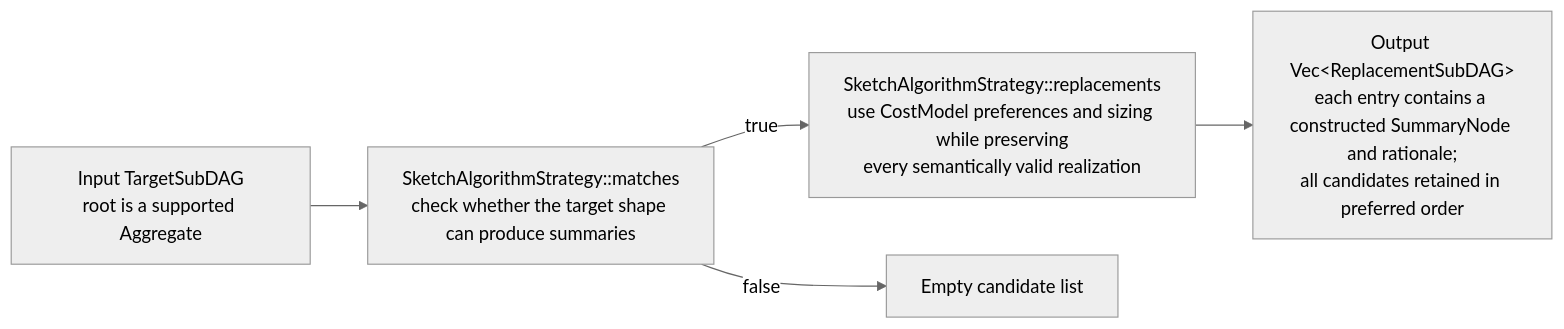
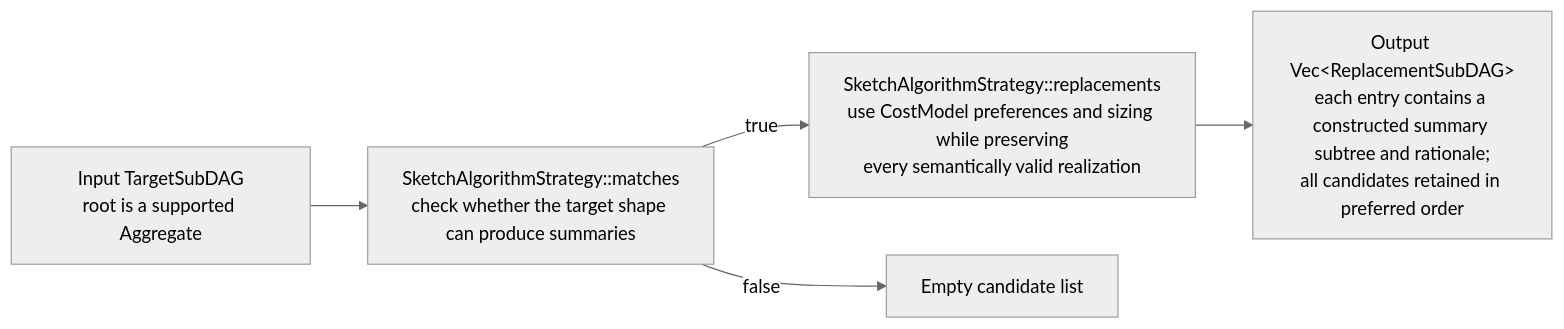
Before and after one commit to ProjectASAP/ASAPPlanner: the first of 4 diagrams in docs/develop_docs/extend-asap-aware-mapping.md, drawn with Mermaid (neutral theme). The commit also changed other lines of this file and 18 other files, not shown here.

````diff
--- a/docs/develop_docs/extend-asap-aware-mapping.md
+++ b/docs/develop_docs/extend-asap-aware-mapping.md
@@ -255,7 +252,7 @@
 ```mermaid
 flowchart LR
   A["Input TargetSubDAG<br/>root is a supported Aggregate"] --> B["SketchAlgorithmStrategy::matches<br/>check whether the target shape can produce summaries"]
   B -->|"true"| C["SketchAlgorithmStrategy::replacements<br/>use CostModel preferences and sizing while preserving<br/>every semantically valid realization"]
   B -->|"false"| NONE["Empty candidate list"]
-  C --> F["Output Vec&lt;ReplacementSubDAG&gt;<br/>each entry contains a constructed SummaryNode and rationale;<br/>all candidates retained in preferred order"]
+  C --> F["Output Vec&lt;ReplacementSubDAG&gt;<br/>each entry contains a constructed summary subtree and rationale;<br/>all candidates retained in preferred order"]
 ```
````
